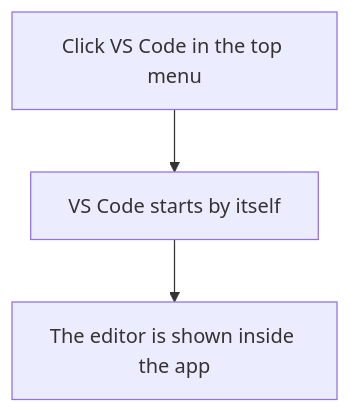
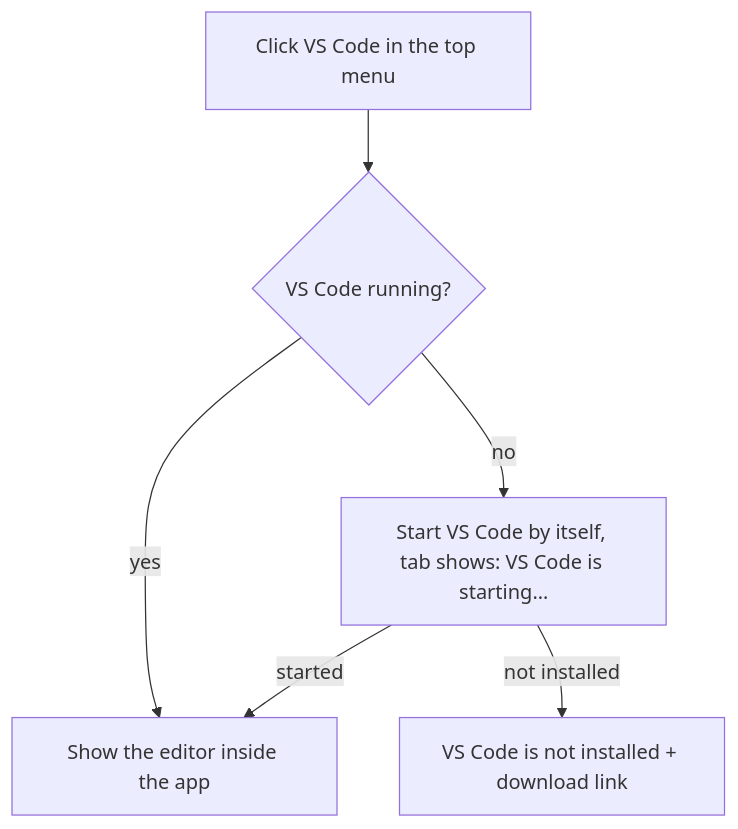
Before and after one commit to GFGMNET/Workspace: the diagram in docs/plans/VSCODE.md, drawn with Mermaid. The commit also changed other lines of this file and 3 other files, not shown here.

````diff
--- a/docs/plans/VSCODE.md
+++ b/docs/plans/VSCODE.md
@@ -53,5 +53,8 @@
 ```mermaid
 flowchart TD
-  A[Click VS Code in the top menu] --> B[VS Code starts by itself]
-  B --> C[The editor is shown inside the app]
+  A[Click VS Code in the top menu] --> B{VS Code running?}
+  B -->|yes| E[Show the editor inside the app]
+  B -->|no| C[Start VS Code by itself, tab shows: VS Code is starting…]
+  C -->|started| E
+  C -->|not installed| D[VS Code is not installed + download link]
 ```
````
